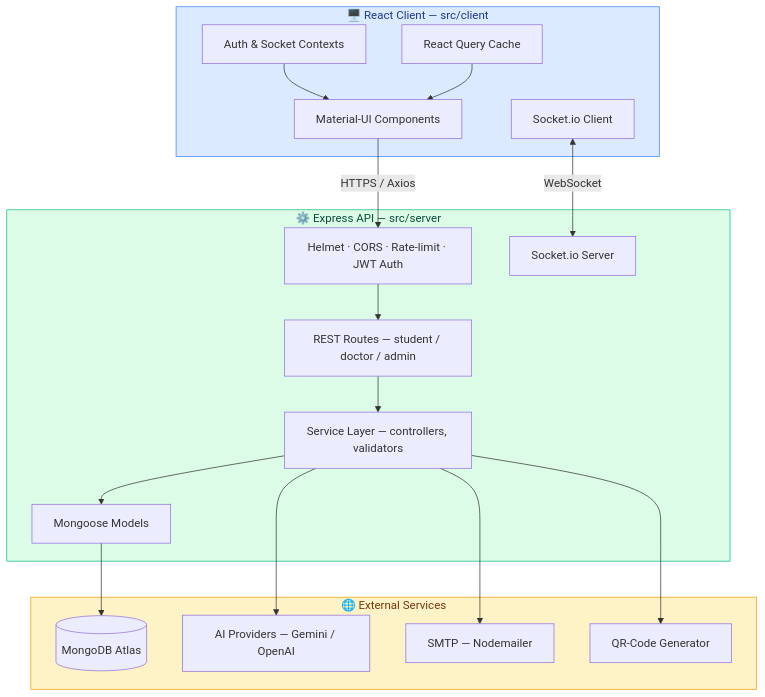
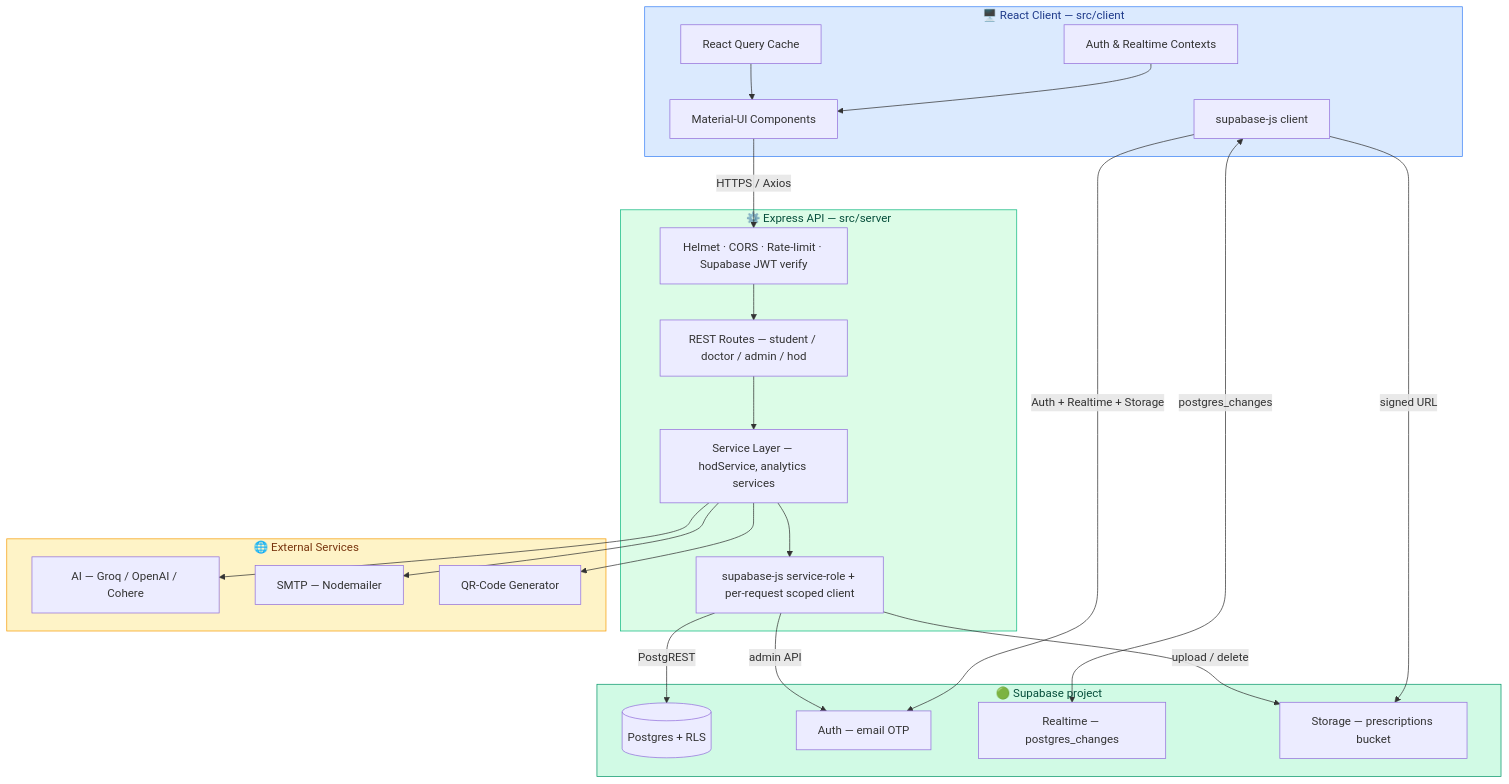
Before and after one commit to mightbeanshuu/DormDoc: the diagram in README.md, drawn with Mermaid. The commit also changed other lines of this file, not shown here.

````diff
--- a/README.md
+++ b/README.md
@@ -162,40 +167,50 @@
 ```mermaid
 graph TD
     subgraph Client["🖥️ React Client — src/client"]
         UI[Material-UI Components]
         RQ[React Query Cache]
-        CTX[Auth & Socket Contexts]
-        WS1[Socket.io Client]
+        CTX[Auth & Realtime Contexts]
+        SBC[supabase-js client]
     end
 
     subgraph Server["⚙️ Express API — src/server"]
-        MW[Helmet · CORS · Rate-limit · JWT Auth]
-        RT[REST Routes — student / doctor / admin]
-        SOCK[Socket.io Server]
-        SVC[Service Layer — controllers, validators]
-        MD[Mongoose Models]
+        MW[Helmet · CORS · Rate-limit · Supabase JWT verify]
+        RT[REST Routes — student / doctor / admin / hod]
+        SVC[Service Layer — hodService, analytics services]
+        SBA[supabase-js service-role + per-request scoped client]
+    end
+
+    subgraph Supabase["🟢 Supabase project"]
+        DB[(Postgres + RLS)]
+        AUTH[Auth — email OTP]
+        RT2[Realtime — postgres_changes]
+        STOR[Storage — prescriptions bucket]
     end
 
     subgraph External["🌐 External Services"]
-        DB[(MongoDB Atlas)]
-        AI[AI Providers — Gemini / OpenAI]
+        AI[AI — Groq / OpenAI / Cohere]
         MAIL[SMTP — Nodemailer]
         QR[QR-Code Generator]
     end
 
     UI -->|HTTPS / Axios| MW
-    WS1 <-->|WebSocket| SOCK
+    SBC -->|Auth + Realtime + Storage| AUTH
+    SBC <-->|postgres_changes| RT2
+    SBC -->|signed URL| STOR
     CTX --> UI
     RQ --> UI
     MW --> RT
     RT --> SVC
-    SVC --> MD
-    MD --> DB
+    SVC --> SBA
+    SBA -->|PostgREST| DB
+    SBA -->|admin API| AUTH
+    SBA -->|upload / delete| STOR
     SVC --> AI
     SVC --> MAIL
     SVC --> QR
 
     style Client fill:#dbeafe,stroke:#3b82f6,color:#1e3a8a
     style Server fill:#dcfce7,stroke:#10b981,color:#064e3b
+    style Supabase fill:#d1fae5,stroke:#059669,color:#064e3b
     style External fill:#fef3c7,stroke:#f59e0b,color:#78350f
 ```
````
